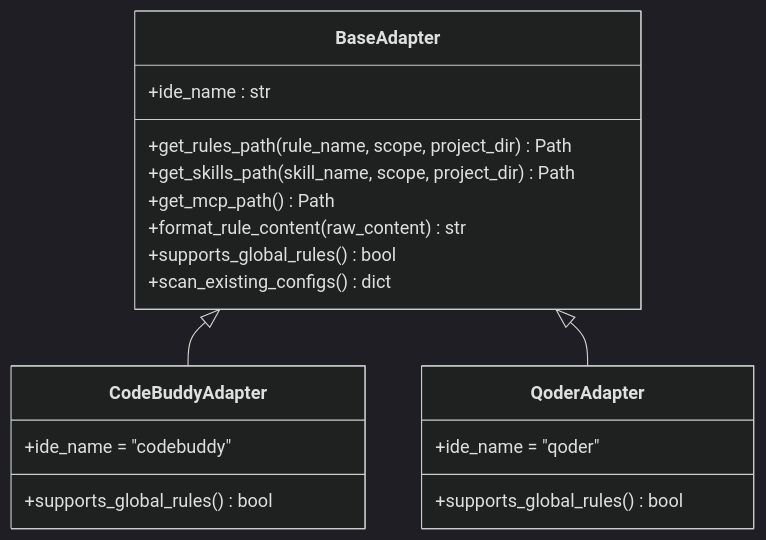
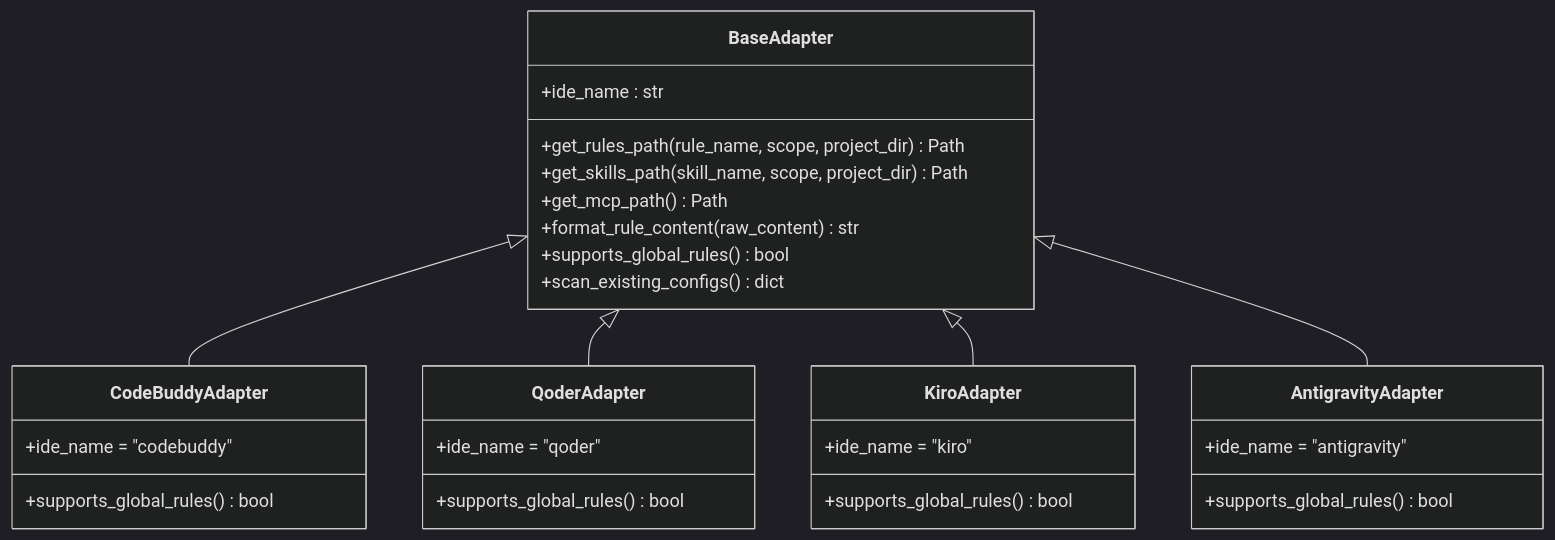
Before and after one commit to MapleWan/MSR: the third of 5 diagrams in .qoder/repowiki/zh/content/命令参考手册/sync 命令详解.md, drawn with Mermaid (dark theme). The commit also changed other lines of this file and 5 other files, not shown here.

````diff
--- a/.qoder/repowiki/zh/content/命令参考手册/sync 命令详解.md
+++ b/.qoder/repowiki/zh/content/命令参考手册/sync 命令详解.md
@@ -157,22 +179,32 @@
 ```mermaid
 classDiagram
 class BaseAdapter {
 +ide_name : str
 +get_rules_path(rule_name, scope, project_dir) Path
 +get_skills_path(skill_name, scope, project_dir) Path
 +get_mcp_path() Path
 +format_rule_content(raw_content) str
 +supports_global_rules() bool
 +scan_existing_configs() dict
 }
 class CodeBuddyAdapter {
 +ide_name = "codebuddy"
 +supports_global_rules() bool
 }
 class QoderAdapter {
 +ide_name = "qoder"
 +supports_global_rules() bool
 }
+class KiroAdapter {
++ide_name = "kiro"
++supports_global_rules() bool
+}
+class AntigravityAdapter {
++ide_name = "antigravity"
++supports_global_rules() bool
+}
 BaseAdapter <|-- CodeBuddyAdapter
 BaseAdapter <|-- QoderAdapter
+BaseAdapter <|-- KiroAdapter
+BaseAdapter <|-- AntigravityAdapter
 ```
````
